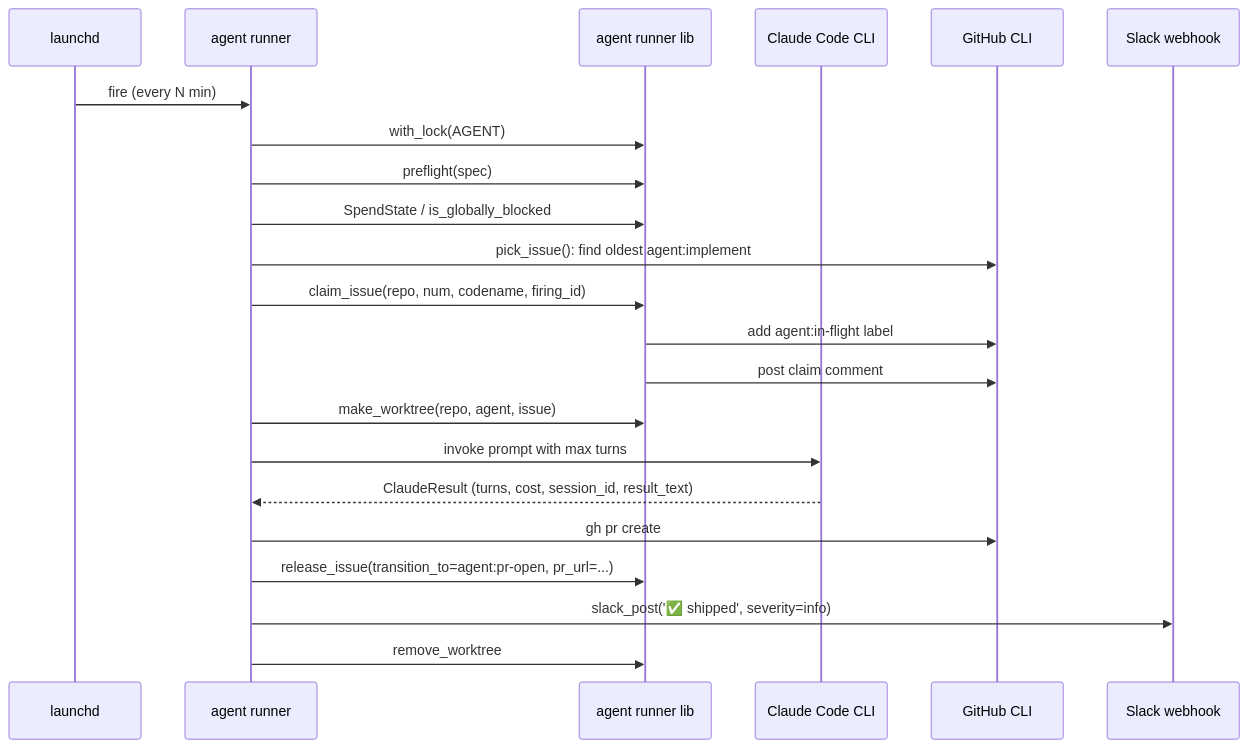
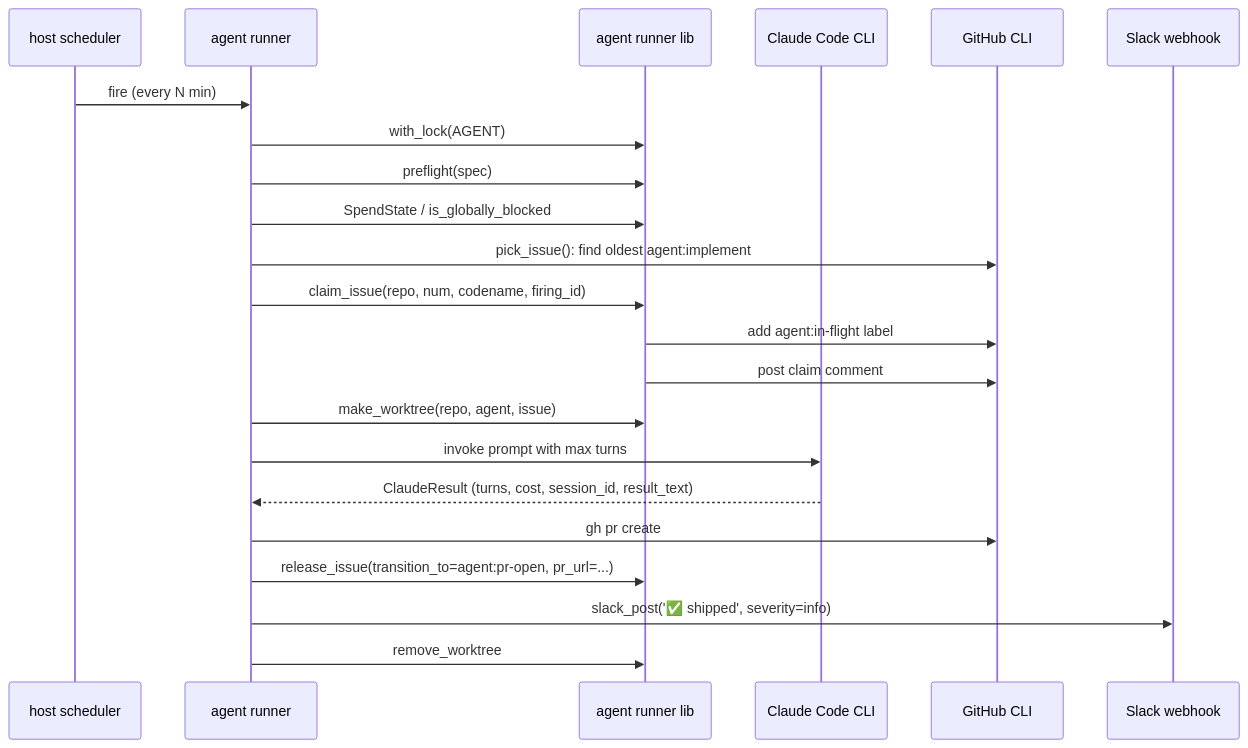
One commit to luminik-io/alfred-os changed the diagram in ARCHITECTURE.md. Above: the diagram before and after it, drawn with Mermaid. The commit also changed other lines of this file and 39 other files, not shown here.

````diff
--- a/ARCHITECTURE.md
+++ b/ARCHITECTURE.md
@@ -7,25 +7,25 @@
 ```mermaid
 sequenceDiagram
-    participant launchd as launchd
+    participant scheduler as host scheduler
     participant runner as agent runner
     participant lib as agent runner lib
     participant claude as Claude Code CLI
     participant gh as GitHub CLI
     participant slack as Slack webhook
 
-    launchd->>runner: fire (every N min)
+    scheduler->>runner: fire (every N min)
     runner->>lib: with_lock(AGENT)
     runner->>lib: preflight(spec)
     runner->>lib: SpendState / is_globally_blocked
     runner->>gh: pick_issue(): find oldest agent:implement
     runner->>lib: claim_issue(repo, num, codename, firing_id)
     lib->>gh: add agent:in-flight label
     lib->>gh: post claim comment
     runner->>lib: make_worktree(repo, agent, issue)
     runner->>claude: invoke prompt with max turns
     claude-->>runner: ClaudeResult (turns, cost, session_id, result_text)
     runner->>gh: gh pr create
     runner->>lib: release_issue(transition_to=agent:pr-open, pr_url=...)
     runner->>slack: slack_post('✅ shipped', severity=info)
     runner->>lib: remove_worktree
 ```
````
